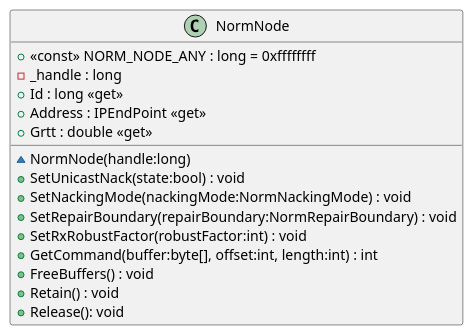
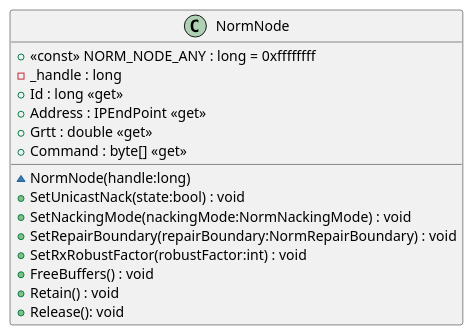
One commit to mullerj/norm changed the diagram in src/dotnet/design/Mil/Navy/Nrl/Norm/NormNode.puml. Above: the diagram before and after it, drawn with PlantUML. The commit also changed 4 other files, not shown here.

```diff
--- a/src/dotnet/design/Mil/Navy/Nrl/Norm/NormNode.puml
+++ b/src/dotnet/design/Mil/Navy/Nrl/Norm/NormNode.puml
@@ -1,18 +1,18 @@
 @startuml
 class NormNode {
     + <<const>> NORM_NODE_ANY : long = 0xffffffff
     - _handle : long
     ~ NormNode(handle:long)
     + SetUnicastNack(state:bool) : void
     + SetNackingMode(nackingMode:NormNackingMode) : void
     + SetRepairBoundary(repairBoundary:NormRepairBoundary) : void
     + SetRxRobustFactor(robustFactor:int) : void
     + Id : long <<get>>
     + Address : IPEndPoint <<get>>
     + Grtt : double <<get>>
-    + GetCommand(buffer:byte[], offset:int, length:int) : int
+    + Command : byte[] <<get>>
     + FreeBuffers() : void
     + Retain() : void
     + Release(): void
 }
 @enduml
```
